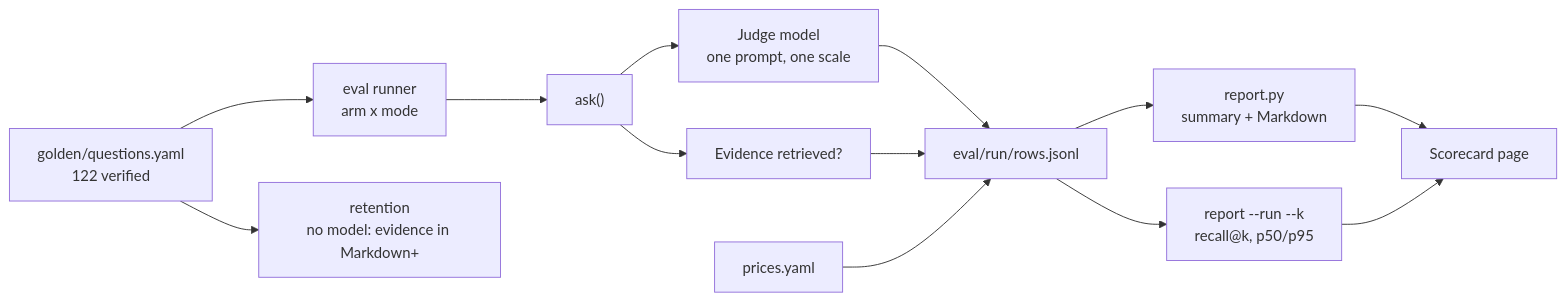
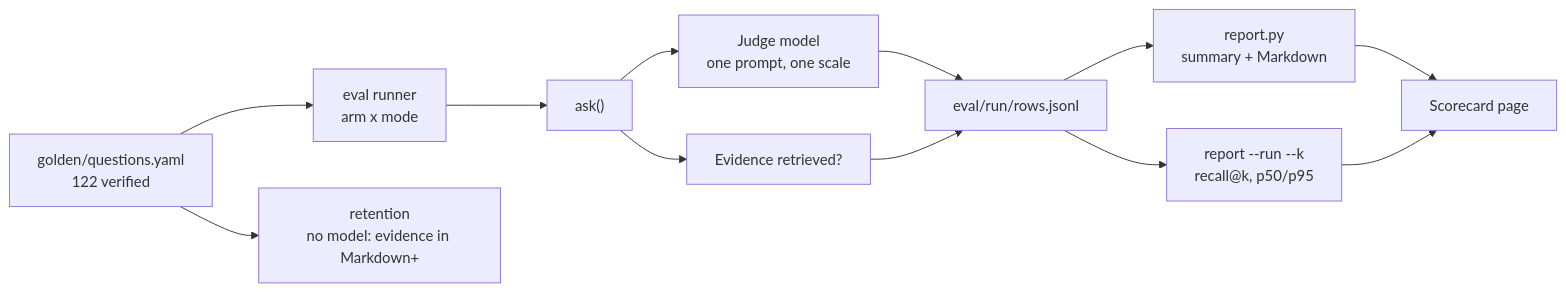
The eighth of 9 diagrams in docs/TECHNICAL_ARCHITECTURE.md (PradeepDhawanRedburn/research-ai-poc), drawn with Mermaid before and after one commit. The commit also changed other lines of this file and 33 other files, not shown here.

````diff
--- a/docs/TECHNICAL_ARCHITECTURE.md
+++ b/docs/TECHNICAL_ARCHITECTURE.md
@@ -217,13 +217,12 @@
 ```mermaid
 flowchart LR
     G["golden/questions.yaml<br/>122 verified"] --> RUN["eval runner<br/>arm x mode"]
     RUN --> ASK["ask()"]
     ASK --> J["Judge model<br/>one prompt, one scale"]
     ASK --> EV["Evidence retrieved?"]
     J & EV --> ROWS["eval/run/rows.jsonl"]
-    COST["prices.yaml"] --> ROWS
     ROWS --> REP["report.py<br/>summary + Markdown"]
     ROWS --> BASE["report --run --k<br/>recall@k, p50/p95"]
     REP & BASE --> UI["Scorecard page"]
     G --> RET["retention<br/>no model: evidence in Markdown+"]
 ```
````
